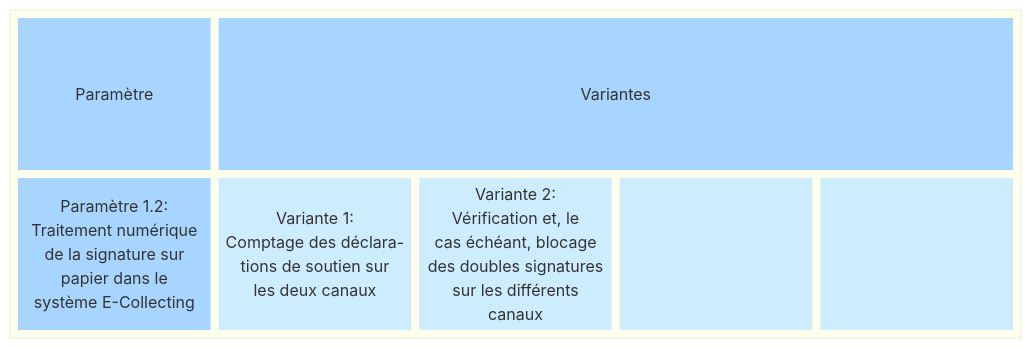
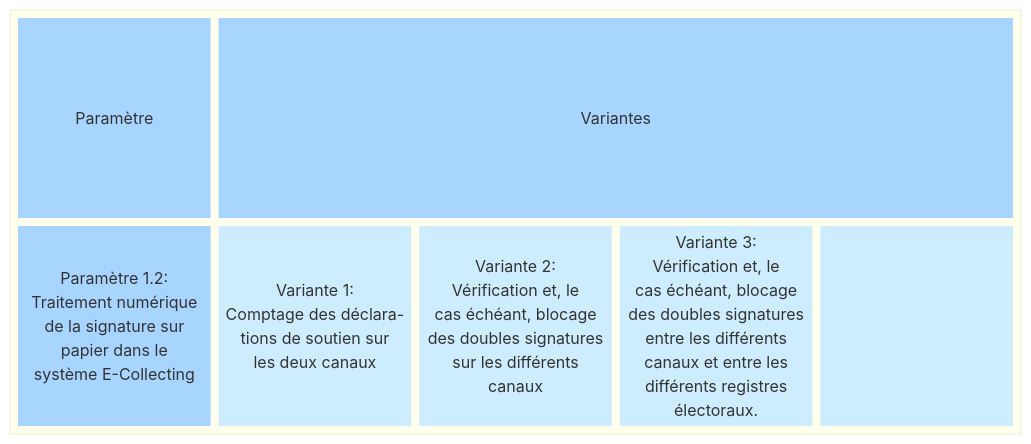
The first of 2 diagrams in docs/morphological-box/parameter-1-2.md (swiss/e-collecting), drawn with Mermaid before and after one commit. The commit also changed other lines of this file, not shown here.

Commit message:
docs: update parameter-1-2.md (new variant 3)

````diff
--- a/docs/morphological-box/parameter-1-2.md
+++ b/docs/morphological-box/parameter-1-2.md
@@ -15,32 +15,39 @@
 ```mermaid
 block
   block
     columns 5
     t1["Paramètre"]
     t2["Variantes"]:4
     d["Paramètre 1.2:
       Traitement numérique
       de la signature sur 
       papier dans le
       système E-Collecting"]
     a1["Variante 1:
       Comptage des déclara-
       tions de soutien sur
       les deux canaux"]
     a2["Variante 2:
       Vérification et, le
       cas échéant, blocage
       des doubles signatures
       sur les différents
       canaux"]
-    a3["&nbsp;"]
+    a3["Variante 3:
+      Vérification et, le
+      cas échéant, blocage
+      des doubles signatures
+      entre les différents
+      canaux et entre les
+      différents registres
+      électoraux."]
     a4["&nbsp;"]
     style t1 fill:#a8d5ff,stroke-width:0px
     style t2 fill:#a8d5ff,stroke-width:0px
     style d fill:#a8d5ff,stroke-width:0px,text-valign:top
     style a1 fill:#cdedff,stroke-width:0px
     style a2 fill:#cdedff,stroke-width:0px
     style a3 fill:#cdedff,stroke-width:0px
     style a4 fill:#cdedff,stroke-width:0px
   end
 ```
````
